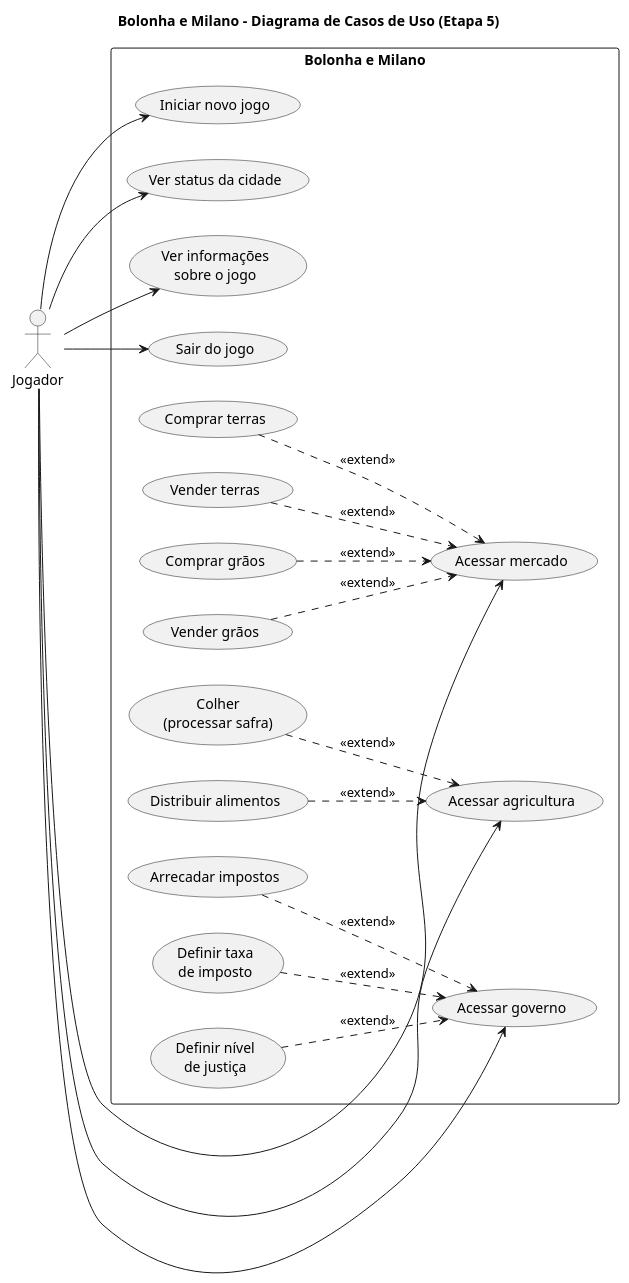
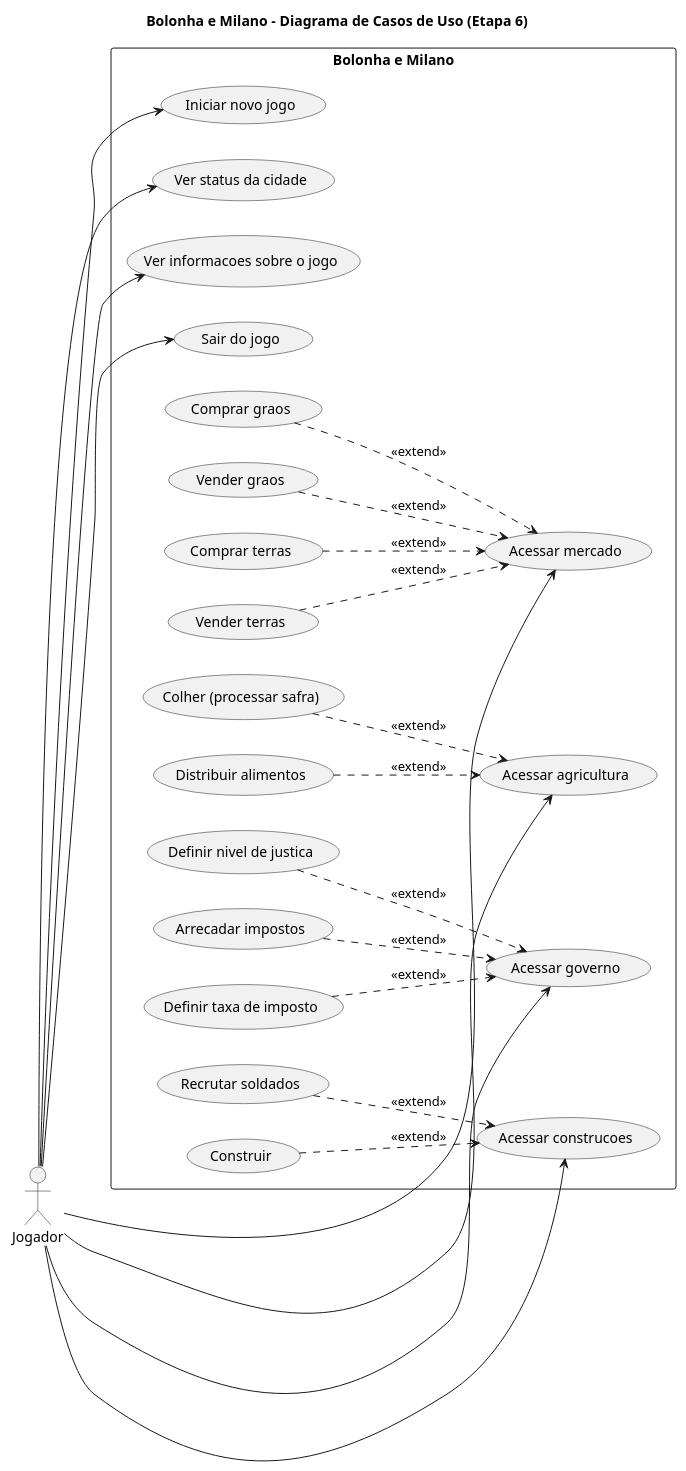
One commit to snooss/projeto-bolonha-e-milano changed the diagram in casos-de-uso/diagrama-casos-de-uso.puml. Above: the diagram before and after it, drawn with PlantUML. The commit also changed other lines of this file and 8 other files, not shown here.

Commit message:
Etapa 6: implementa construcoes e recrutamento de soldados

```diff
--- a/casos-de-uso/diagrama-casos-de-uso.puml
+++ b/casos-de-uso/diagrama-casos-de-uso.puml
@@ -1,54 +2,62 @@
 @startuml
-title Bolonha e Milano - Diagrama de Casos de Uso (Etapa 5)
+title Bolonha e Milano - Diagrama de Casos de Uso (Etapa 6)
 
 left to right direction
 
 skinparam packageStyle rectangle
 skinparam shadowing false
 
 actor Jogador
 
 rectangle "Bolonha e Milano" {
 
     usecase "Iniciar novo jogo" as UC1
     usecase "Ver status da cidade" as UC2
     usecase "Acessar mercado" as UC3
     usecase "Acessar agricultura" as UC4
     usecase "Acessar governo" as UC5
-    usecase "Ver informações\nsobre o jogo" as UC6
-    usecase "Sair do jogo" as UC7
+    usecase "Acessar construcoes" as UC6
+    usecase "Ver informacoes sobre o jogo" as UC7
+    usecase "Sair do jogo" as UC8
 
-    usecase "Comprar grãos" as UC8
-    usecase "Vender grãos" as UC9
-    usecase "Comprar terras" as UC10
-    usecase "Vender terras" as UC11
+    usecase "Comprar graos" as UC9
+    usecase "Vender graos" as UC10
+    usecase "Comprar terras" as UC11
+    usecase "Vender terras" as UC12
 
-    usecase "Colher\n(processar safra)" as UC12
-    usecase "Distribuir alimentos" as UC13
+    usecase "Colher (processar safra)" as UC13
+    usecase "Distribuir alimentos" as UC14
 
-    usecase "Arrecadar impostos" as UC14
-    usecase "Definir taxa\nde imposto" as UC15
-    usecase "Definir nível\nde justiça" as UC16
+    usecase "Arrecadar impostos" as UC15
+    usecase "Definir taxa de imposto" as UC16
+    usecase "Definir nivel de justica" as UC17
+
+    usecase "Recrutar soldados" as UC18
+    usecase "Construir" as UC19
 }
 
 Jogador --> UC1
 Jogador --> UC2
 Jogador --> UC3
 Jogador --> UC4
 Jogador --> UC5
 Jogador --> UC6
 Jogador --> UC7
+Jogador --> UC8
 
-UC8 ..> UC3 : <<extend>>
 UC9 ..> UC3 : <<extend>>
 UC10 ..> UC3 : <<extend>>
 UC11 ..> UC3 : <<extend>>
+UC12 ..> UC3 : <<extend>>
 
-UC12 ..> UC4 : <<extend>>
 UC13 ..> UC4 : <<extend>>
+UC14 ..> UC4 : <<extend>>
 
-UC14 ..> UC5 : <<extend>>
 UC15 ..> UC5 : <<extend>>
 UC16 ..> UC5 : <<extend>>
+UC17 ..> UC5 : <<extend>>
+
+UC18 ..> UC6 : <<extend>>
+UC19 ..> UC6 : <<extend>>
 
 @enduml
```
